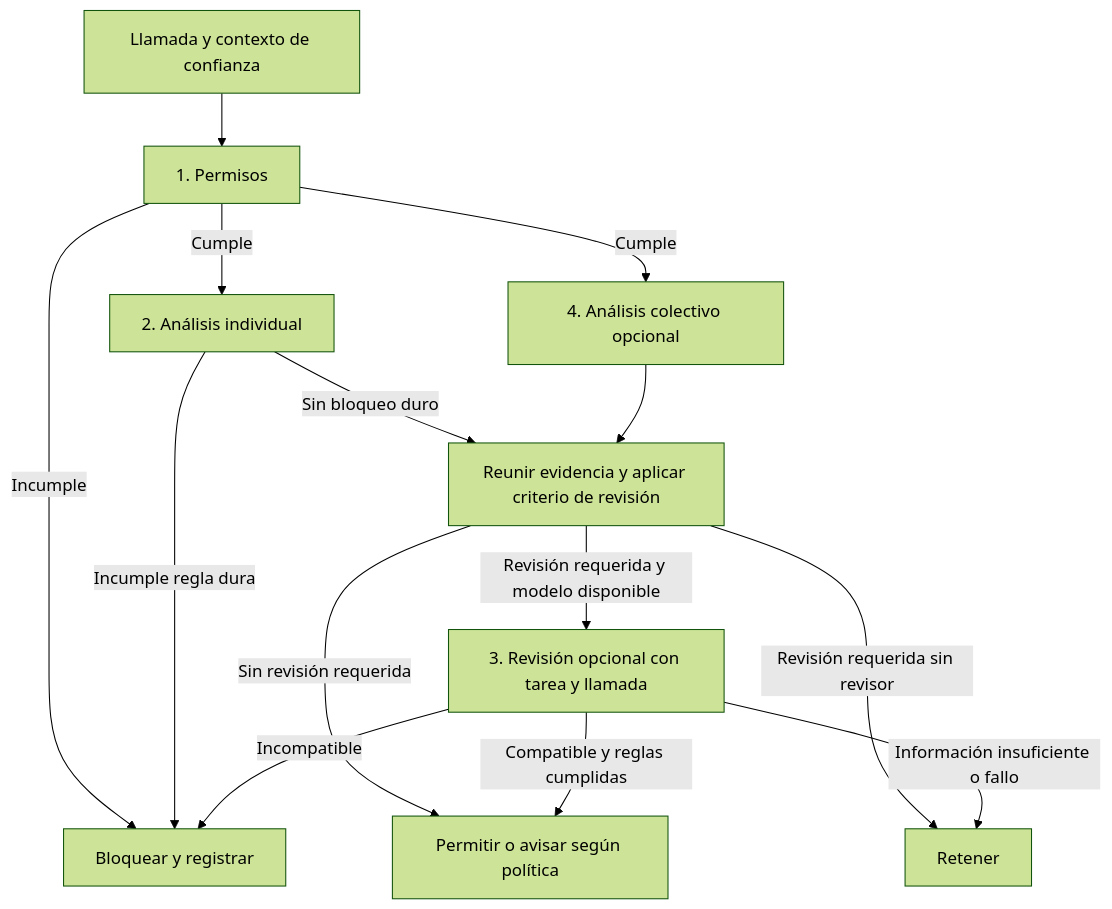
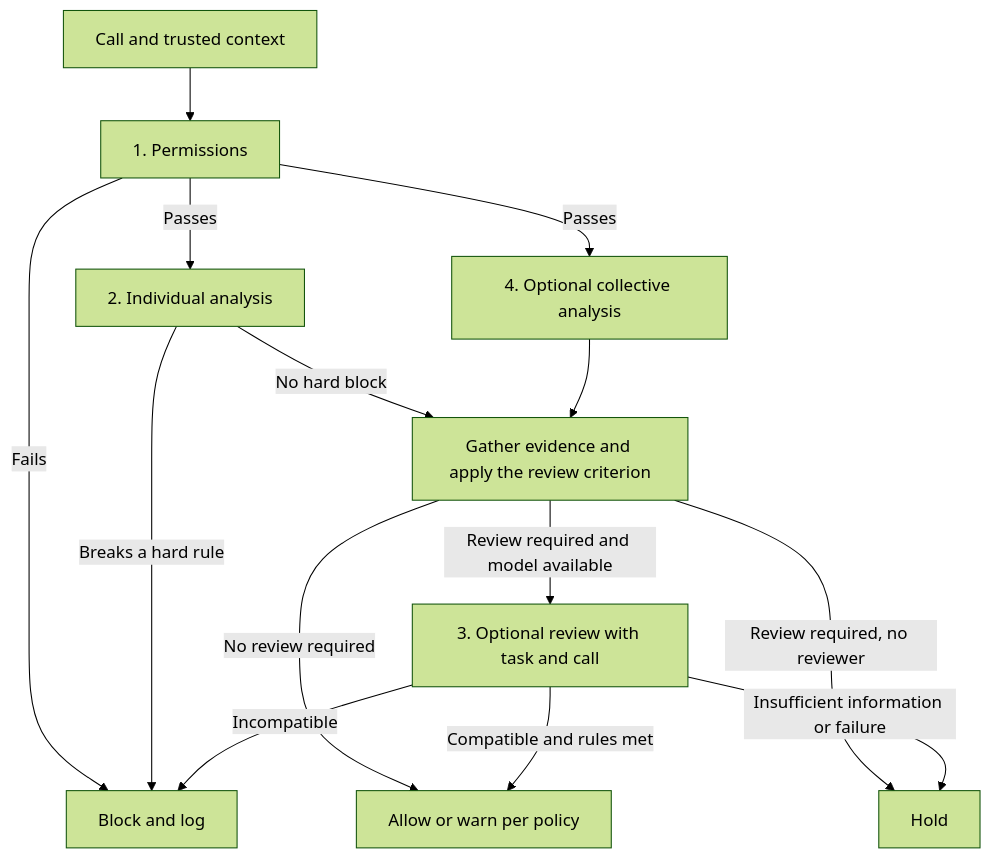
The diagram in PRD.md (adoviguerav/bouncer), drawn with Mermaid (forest theme) before and after one commit. The commit also changed other lines of this file and 32 other files, not shown here.

````diff
--- a/PRD.md
+++ b/PRD.md
@@ -117,16 +117,16 @@
 ```mermaid
 flowchart TD
-    A["Llamada y contexto de confianza"] --> B["1. Permisos"]
-    B -->|"Incumple"| X["Bloquear y registrar"]
-    B -->|"Cumple"| C["2. Análisis individual"]
-    B -->|"Cumple"| D["4. Análisis colectivo opcional"]
-    C -->|"Incumple regla dura"| X
-    C -->|"Sin bloqueo duro"| E["Reunir evidencia y aplicar criterio de revisión"]
+    A["Call and trusted context"] --> B["1. Permissions"]
+    B -->|"Fails"| X["Block and log"]
+    B -->|"Passes"| C["2. Individual analysis"]
+    B -->|"Passes"| D["4. Optional collective analysis"]
+    C -->|"Breaks a hard rule"| X
+    C -->|"No hard block"| E["Gather evidence and apply the review criterion"]
     D --> E
-    E -->|"Sin revisión requerida"| F["Permitir o avisar según política"]
-    E -->|"Revisión requerida y modelo disponible"| G["3. Revisión opcional con tarea y llamada"]
-    E -->|"Revisión requerida sin revisor"| H["Retener"]
-    G -->|"Compatible y reglas cumplidas"| F
+    E -->|"No review required"| F["Allow or warn per policy"]
+    E -->|"Review required and model available"| G["3. Optional review with task and call"]
+    E -->|"Review required, no reviewer"| H["Hold"]
+    G -->|"Compatible and rules met"| F
     G -->|"Incompatible"| X
-    G -->|"Información insuficiente o fallo"| H
+    G -->|"Insufficient information or failure"| H
 ```
````
